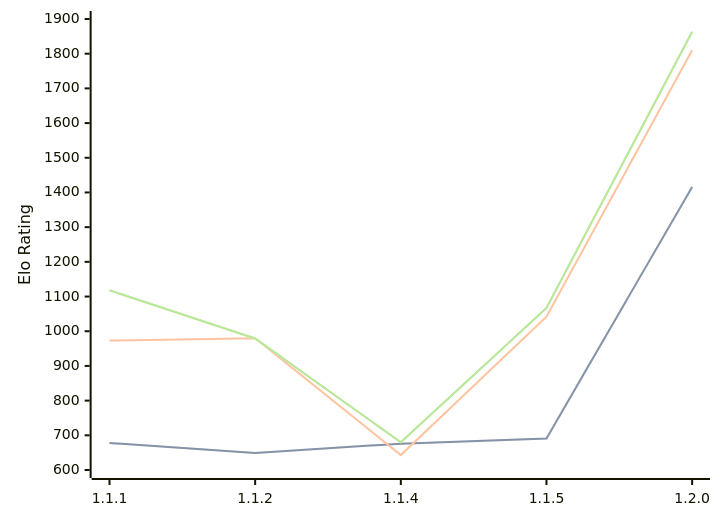
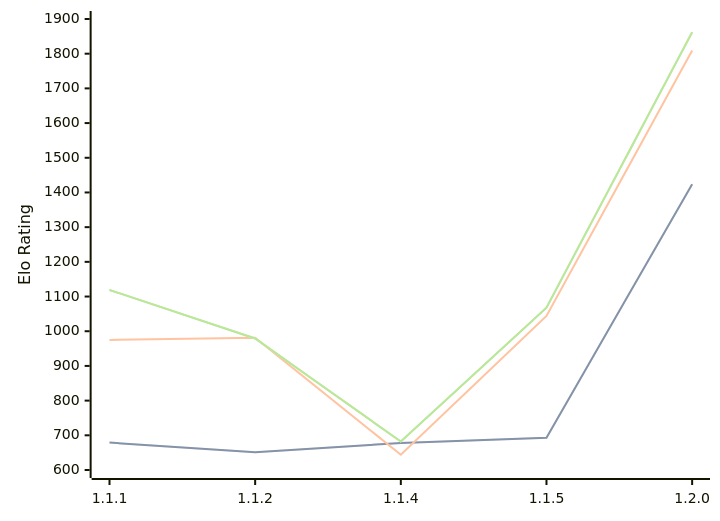
Before and after one commit to computer-chess-index/cci: the diagram in engines/ChessCore.md, drawn with Mermaid. The commit also changed other lines of this file, not shown here.

Commit message:
Update CCI Ratings (ELO VLTC) - 2026-07-25

````diff
--- a/engines/ChessCore.md
+++ b/engines/ChessCore.md
@@ -36,11 +36,11 @@
 ```mermaid
 %%{init: {"theme":"base","themeVariables":{"seriesColors:['#a3a3a3','#222221','#faa371']}}}%%
 xychart-beta
   x-axis ["1.1.1", "1.1.2", "1.1.4", "1.1.5", "1.2.0"]
   y-axis "Elo Rating" 600 --> 1900
-  line "STC (8.0+0.08s)" [678, 649, 676, 691, 1416]
-  line "STC (8.0+0.08s)" [678, 649, 676, 691, 1416]
-  line "LTC (60.0+0.60s)" [973, 980, 643, 1042, 1810]
-  line "VLTC (2m24s+1.12s)" [1118, 979, 680, 1067, 1863]
-  line "VLTC (2m24s+1.12s)" [1118, 979, 680, 1067, 1863]
+  line "STC (8.0+0.08s)" [679, 651, 678, 693, 1424]
+  line "STC (8.0+0.08s)" [679, 651, 678, 693, 1424]
+  line "LTC (60.0+0.60s)" [975, 981, 644, 1044, 1809]
+  line "VLTC (2m24s+1.12s)" [1119, 979, 682, 1068, 1862]
+  line "VLTC (2m24s+1.12s)" [1119, 979, 682, 1068, 1862]
 ```
````
